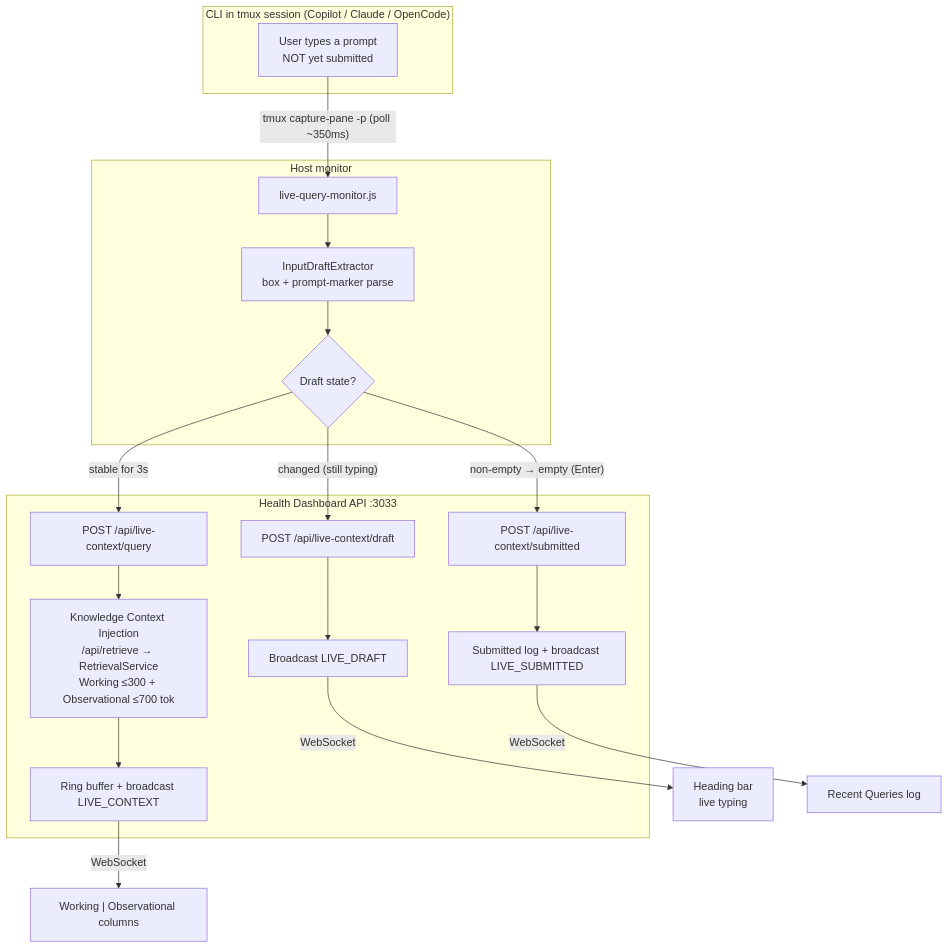
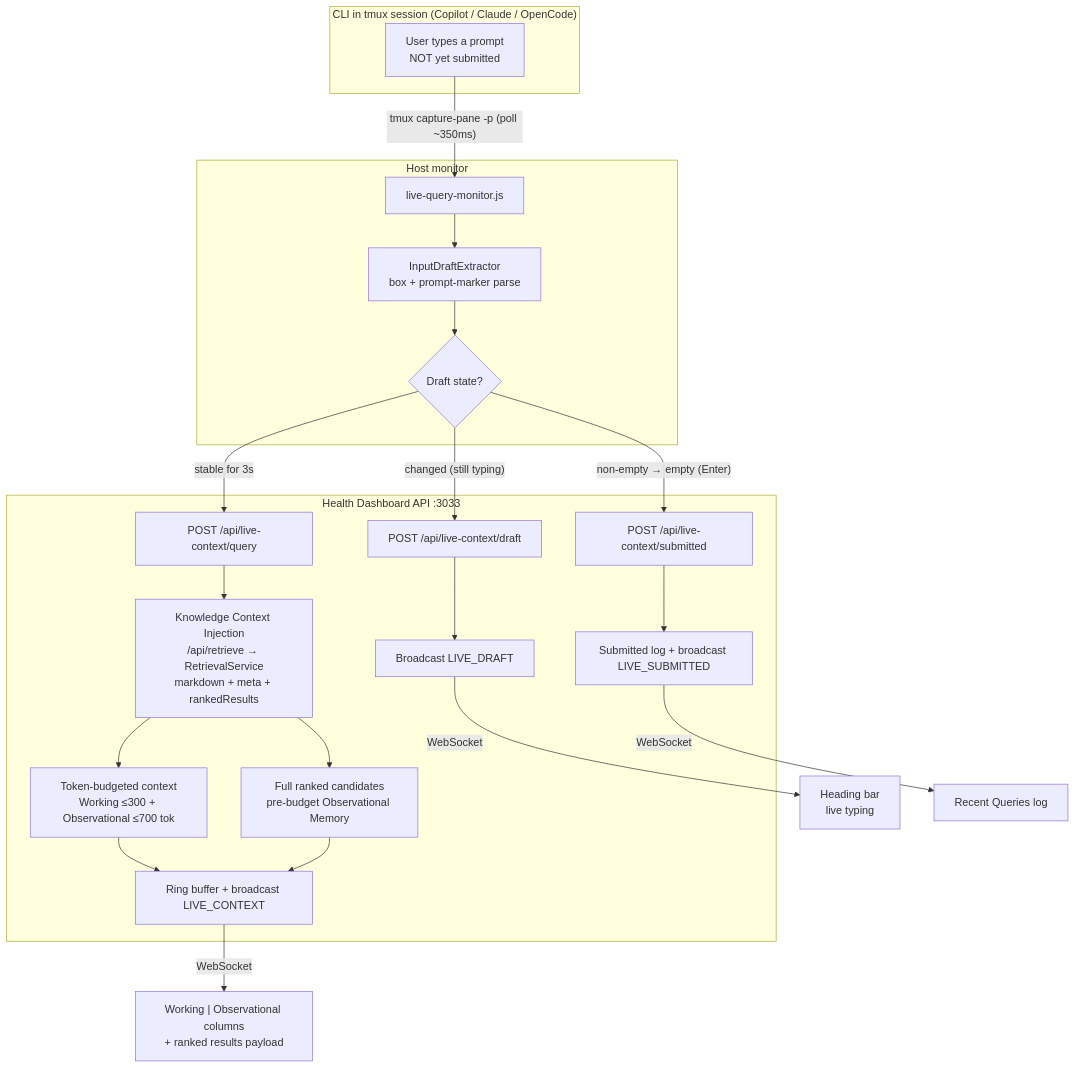
The third of 3 diagrams in README.md (ritwik-ghosh09/Agent-Agnostic-Observational-Memory), drawn with Mermaid before and after one commit. The commit also changed other lines of this file and 3 other files, not shown here.

First line of the commit message:
Expose ranked retrieval results

````diff
--- a/README.md
+++ b/README.md
@@ -437,28 +438,31 @@
 ```mermaid
 graph TD
     subgraph CLI["CLI in tmux session (Copilot / Claude / OpenCode)"]
         A["User types a prompt<br/>NOT yet submitted"]
     end
 
     A -->|"tmux capture-pane -p (poll ~350ms)"| B["live-query-monitor.js"]
 
     subgraph MON["Host monitor"]
         B --> C["InputDraftExtractor<br/>box + prompt-marker parse"]
         C --> D{"Draft state?"}
     end
 
     D -->|"changed (still typing)"| E["POST /api/live-context/draft"]
     D -->|"stable for 3s"| F["POST /api/live-context/query"]
     D -->|"non-empty → empty (Enter)"| G["POST /api/live-context/submitted"]
 
     subgraph DASH["Health Dashboard API :3033"]
         E --> H["Broadcast LIVE_DRAFT"]
-        F --> I["Knowledge Context Injection<br/>/api/retrieve → RetrievalService<br/>Working ≤300 + Observational ≤700 tok"]
-        I --> J["Ring buffer + broadcast LIVE_CONTEXT"]
+        F --> I["Knowledge Context Injection<br/>/api/retrieve → RetrievalService<br/>markdown + meta + rankedResults"]
+        I --> O["Token-budgeted context<br/>Working ≤300 + Observational ≤700 tok"]
+        I --> P["Full ranked candidates<br/>pre-budget Observational Memory"]
+        O --> J["Ring buffer + broadcast LIVE_CONTEXT"]
+        P --> J
         G --> K["Submitted log + broadcast LIVE_SUBMITTED"]
     end
 
     H -->|WebSocket| L["Heading bar<br/>live typing"]
-    J -->|WebSocket| M["Working | Observational columns"]
+    J -->|WebSocket| M["Working | Observational columns<br/>+ ranked results payload"]
     K -->|WebSocket| N["Recent Queries log"]
 ```
````
